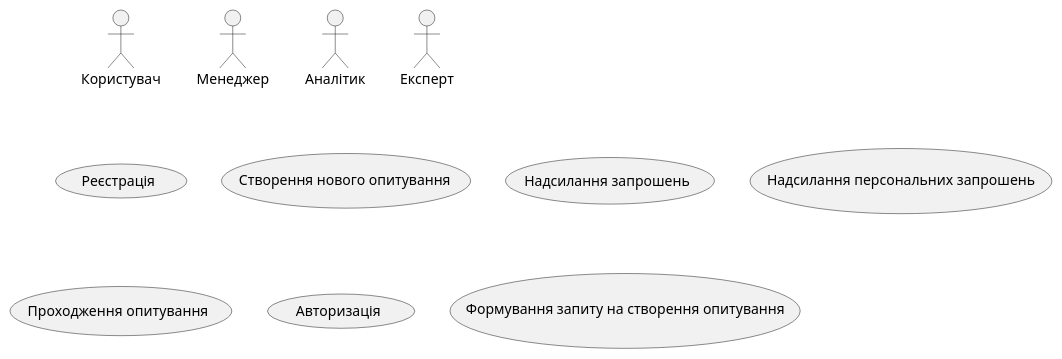
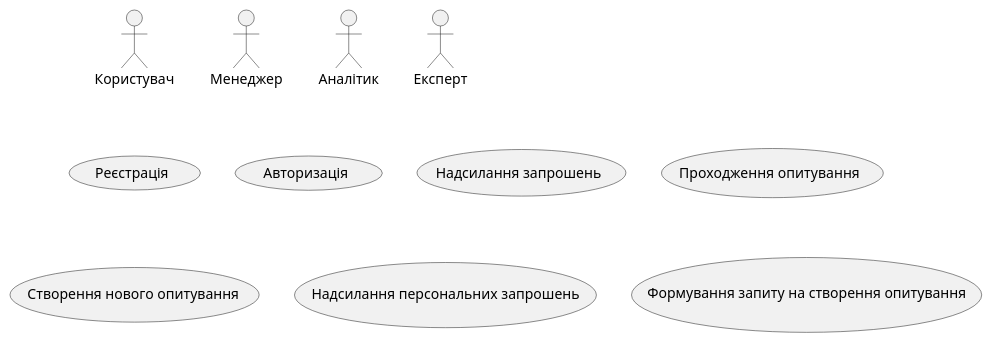
The diagram in src/uml/use-cases/general-diagram-without-connections.puml (anrysliusar/SurvExp), drawn with PlantUML before and after one commit.

```diff
--- a/src/uml/use-cases/general-diagram-without-connections.puml
+++ b/src/uml/use-cases/general-diagram-without-connections.puml
@@ -1,18 +1,17 @@
 @startuml
 
     actor "Користувач" as User
 
     actor "Менеджер" as Manager
     actor "Аналітик" as Analyst
     actor "Експерт" as Expert
-
-
+    
     usecase "Реєстрація" as SE_11
+    usecase "Авторизація" as SE_16
+    usecase "Надсилання запрошень" as SE_13
+    usecase "Проходження опитування" as SE_15
     usecase "Створення нового опитування" as SE_12
-    usecase "Надсилання запрошень" as SE_13
     usecase "Надсилання персональних запрошень" as SE_14
-    usecase "Проходження опитування" as SE_15
-    usecase "Авторизація" as SE_16
     usecase "Формування запиту на створення опитування" as SE_17
 
 @enduml
```
